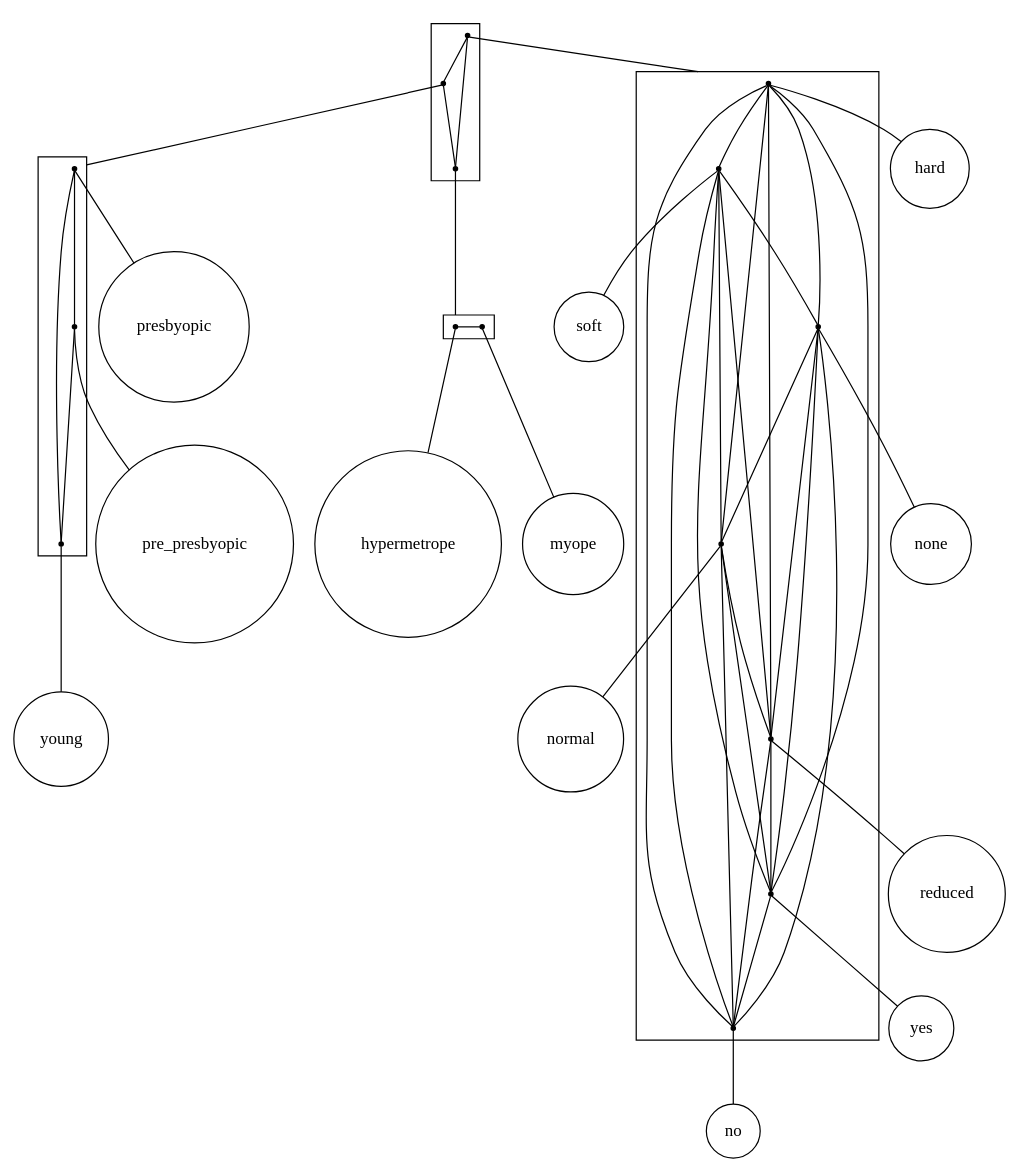
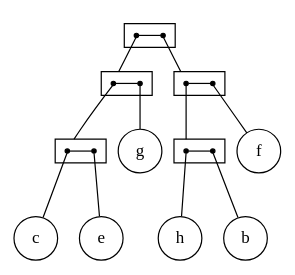
One commit to lrodrin/TFG changed the diagram in src/final/plain_2-structure.dot. Above: the diagram before and after it, drawn with Graphviz. The commit also changed 3 other files, not shown here.

```diff
--- a/src/final/plain_2-structure.dot
+++ b/src/final/plain_2-structure.dot
@@ -1,79 +1,53 @@
 strict digraph "plain_2-structure" {
 compound=true;
 fontname=Verdana;
 fontsize=12;
 newrank=true;
 node [shape=circle];
-hard;
-soft;
-none;
-normal;
-reduced;
-yes;
-no;
-presbyopic;
-pre_presbyopic;
-young;
-hypermetrope;
-myope;
-subgraph cluster_nosoftmyopehypermetropenormalpre_presbyopicreducedyeshardyoungnonepresbyopic {
+f;
+g;
+c;
+e;
+h;
+b;
+subgraph cluster_fegchb {
+rank=same;
 node [shape=point];
-s_reducednoyessofthardnormalnone -> s_pre_presbyopicpresbyopicyoung  [arrowhead=none, color=black];
-s_reducednoyessofthardnormalnone -> s_hypermetropemyope  [arrowhead=none, color=black];
-s_pre_presbyopicpresbyopicyoung -> s_hypermetropemyope  [arrowhead=none, color=black];
+s_ceg -> s_fhb  [arrowhead=none, color=black];
 }
 
-subgraph cluster_reducednoyessofthardnormalnone {
+subgraph cluster_fhb {
+rank=same;
 node [shape=point];
-s_hard -> s_soft  [arrowhead=none, color=black];
-s_hard -> s_none  [arrowhead=none, color=black];
-s_hard -> s_normal  [arrowhead=none, color=black];
-s_hard -> s_reduced  [arrowhead=none, color=black];
-s_hard -> s_yes  [arrowhead=none, color=black];
-s_hard -> s_no  [arrowhead=none, color=black];
-s_soft -> s_none  [arrowhead=none, color=black];
-s_soft -> s_normal  [arrowhead=none, color=black];
-s_soft -> s_reduced  [arrowhead=none, color=black];
-s_soft -> s_yes  [arrowhead=none, color=black];
-s_soft -> s_no  [arrowhead=none, color=black];
-s_none -> s_normal  [arrowhead=none, color=black];
-s_none -> s_reduced  [arrowhead=none, color=black];
-s_none -> s_yes  [arrowhead=none, color=black];
-s_none -> s_no  [arrowhead=none, color=black];
-s_normal -> s_reduced  [arrowhead=none, color=black];
-s_normal -> s_yes  [arrowhead=none, color=black];
-s_normal -> s_no  [arrowhead=none, color=black];
-s_reduced -> s_yes  [arrowhead=none, color=black];
-s_reduced -> s_no  [arrowhead=none, color=black];
-s_yes -> s_no  [arrowhead=none, color=black];
+s_hb -> s_f  [arrowhead=none, color=black];
 }
 
-subgraph cluster_pre_presbyopicpresbyopicyoung {
+subgraph cluster_ceg {
+rank=same;
 node [shape=point];
-s_presbyopic -> s_pre_presbyopic  [arrowhead=none, color=black];
-s_presbyopic -> s_young  [arrowhead=none, color=black];
-s_pre_presbyopic -> s_young  [arrowhead=none, color=black];
+s_ce -> s_g  [arrowhead=none, color=black];
 }
 
-subgraph cluster_hypermetropemyope {
+subgraph cluster_ce {
 rank=same;
 node [shape=point];
-s_hypermetrope -> s_myope  [arrowhead=none, color=black];
+s_c -> s_e  [arrowhead=none, color=black];
 }
 
-s_reducednoyessofthardnormalnone -> s_hard  [arrowhead=none, lhead=cluster_reducednoyessofthardnormalnone];
-s_pre_presbyopicpresbyopicyoung -> s_presbyopic  [arrowhead=none, lhead=cluster_pre_presbyopicpresbyopicyoung];
-s_hypermetropemyope -> s_hypermetrope  [arrowhead=none, lhead=cluster_hypermetropemyope];
-s_hard -> hard  [arrowhead=none];
-s_soft -> soft  [arrowhead=none];
-s_none -> none  [arrowhead=none];
-s_normal -> normal  [arrowhead=none];
-s_reduced -> reduced  [arrowhead=none];
-s_yes -> yes  [arrowhead=none];
-s_no -> no  [arrowhead=none];
-s_presbyopic -> presbyopic  [arrowhead=none];
-s_pre_presbyopic -> pre_presbyopic  [arrowhead=none];
-s_young -> young  [arrowhead=none];
-s_hypermetrope -> hypermetrope  [arrowhead=none];
-s_myope -> myope  [arrowhead=none];
+subgraph cluster_hb {
+rank=same;
+node [shape=point];
+s_h -> s_b  [arrowhead=none, color=black];
 }
+
+s_ceg -> s_ce  [arrowhead=none, lhead=cluster_ceg];
+s_fhb -> s_hb  [arrowhead=none, lhead=cluster_fhb];
+s_hb -> s_h  [arrowhead=none, lhead=cluster_hb];
+s_f -> f  [arrowhead=none];
+s_ce -> s_c  [arrowhead=none, lhead=cluster_ce];
+s_g -> g  [arrowhead=none];
+s_c -> c  [arrowhead=none];
+s_e -> e  [arrowhead=none];
+s_h -> h  [arrowhead=none];
+s_b -> b  [arrowhead=none];
+}
```
